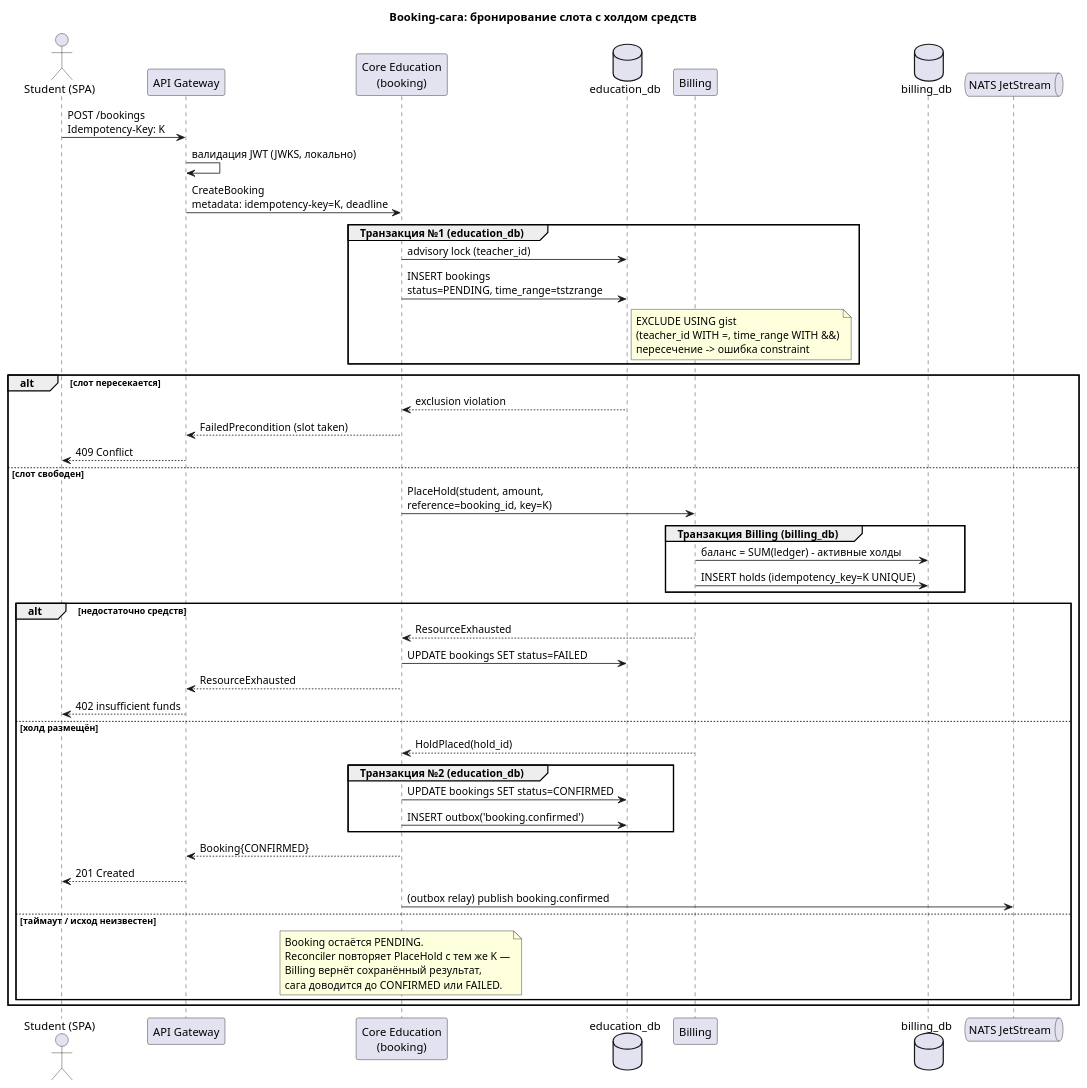
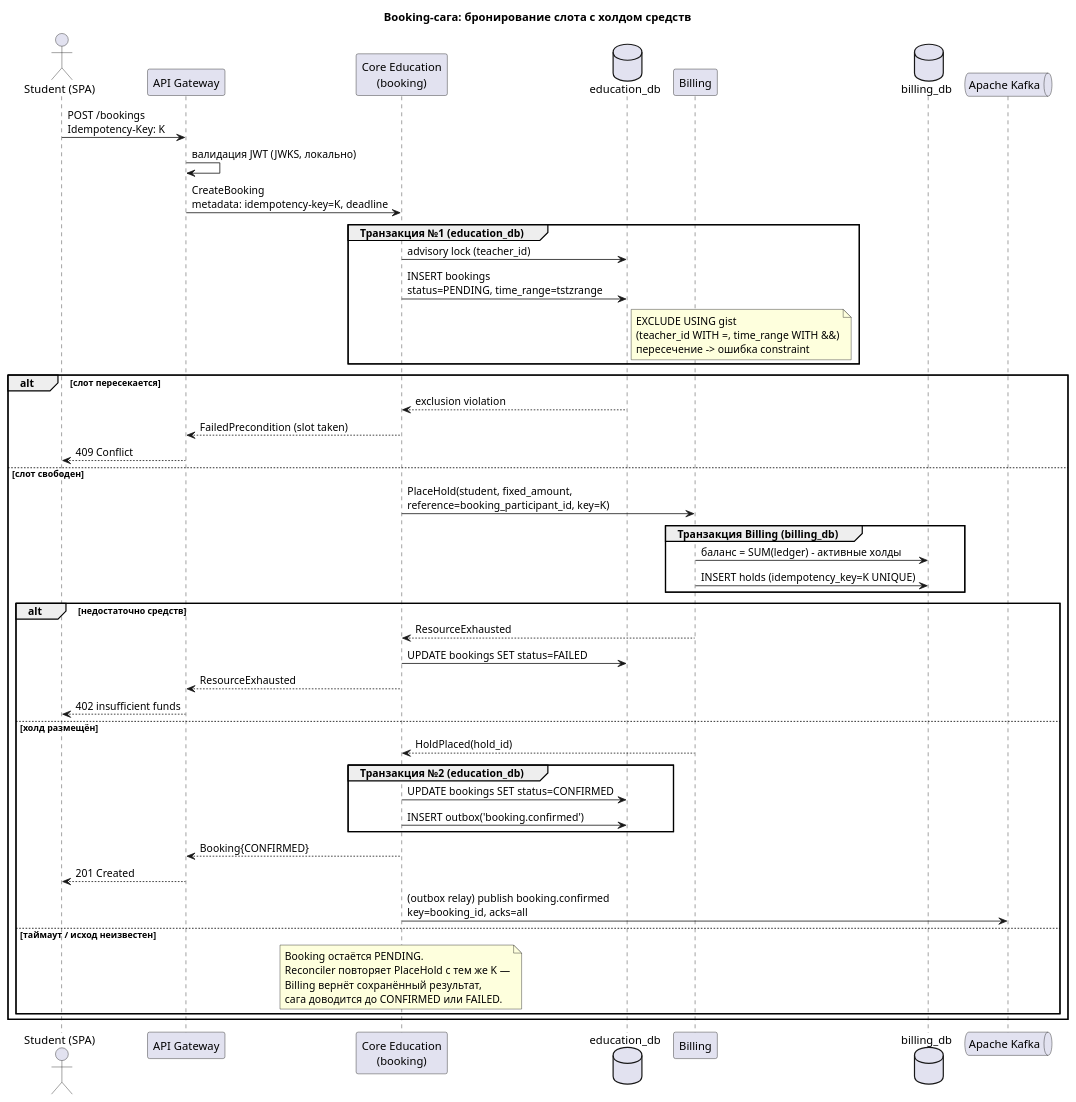
Before and after one commit to trajectory-platform/architeture: the diagram in Системный анализ/diagrams/sequence/booking-saga.puml, drawn with PlantUML. The commit also changed 57 other files, not shown here.

```diff
--- a/Системный анализ/diagrams/sequence/booking-saga.puml
+++ b/Системный анализ/diagrams/sequence/booking-saga.puml
@@ -1,60 +1,60 @@
 @startuml booking-saga
 title Booking-сага: бронирование слота с холдом средств
 
 actor "Student (SPA)" as spa
 participant "API Gateway" as gw
 participant "Core Education\n(booking)" as core
 database "education_db" as edb
 participant "Billing" as billing
 database "billing_db" as bdb
-queue "NATS JetStream" as nats
+queue "Apache Kafka" as kafka
 
 spa -> gw: POST /bookings\nIdempotency-Key: K
 gw -> gw: валидация JWT (JWKS, локально)
 gw -> core: CreateBooking\nmetadata: idempotency-key=K, deadline
 
 group Транзакция №1 (education_db)
   core -> edb: advisory lock (teacher_id)
   core -> edb: INSERT bookings\nstatus=PENDING, time_range=tstzrange
   note right of edb
     EXCLUDE USING gist
     (teacher_id WITH =, time_range WITH &&)
     пересечение -> ошибка constraint
   end note
 end
 
 alt слот пересекается
   edb --> core: exclusion violation
   core --> gw: FailedPrecondition (slot taken)
   gw --> spa: 409 Conflict
 else слот свободен
-  core -> billing: PlaceHold(student, amount,\nreference=booking_id, key=K)
+  core -> billing: PlaceHold(student, fixed_amount,\nreference=booking_participant_id, key=K)
   group Транзакция Billing (billing_db)
     billing -> bdb: баланс = SUM(ledger) - активные холды
     billing -> bdb: INSERT holds (idempotency_key=K UNIQUE)
   end
 
   alt недостаточно средств
     billing --> core: ResourceExhausted
     core -> edb: UPDATE bookings SET status=FAILED
     core --> gw: ResourceExhausted
     gw --> spa: 402 insufficient funds
   else холд размещён
     billing --> core: HoldPlaced(hold_id)
     group Транзакция №2 (education_db)
       core -> edb: UPDATE bookings SET status=CONFIRMED
       core -> edb: INSERT outbox('booking.confirmed')
     end
     core --> gw: Booking{CONFIRMED}
     gw --> spa: 201 Created
-    core -> nats: (outbox relay) publish booking.confirmed
+    core -> kafka: (outbox relay) publish booking.confirmed\nkey=booking_id, acks=all
   else таймаут / исход неизвестен
     note over core
       Booking остаётся PENDING.
       Reconciler повторяет PlaceHold с тем же K —
       Billing вернёт сохранённый результат,
       сага доводится до CONFIRMED или FAILED.
     end note
   end
 end
 @enduml
```
